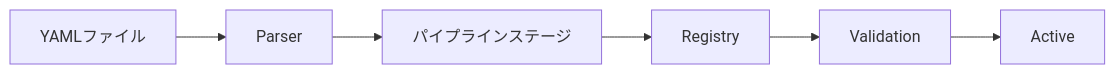
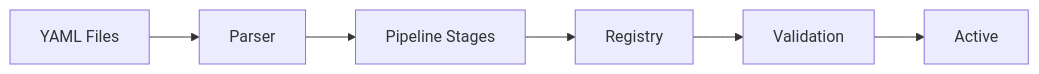
The second of 3 diagrams in ja/internals/architecture.md (wippyai/docs), drawn with Mermaid before and after one commit. The commit also changed other lines of this file and 870 other files, not shown here.

````diff
--- a/ja/internals/architecture.md
+++ b/ja/internals/architecture.md
@@ -144,8 +143,8 @@
 ```mermaid
 flowchart LR
-    YAML[YAMLファイル] --> Parser
-    Parser --> Stages[パイプラインステージ]
+    YAML[YAML Files] --> Parser
+    Parser --> Stages[Pipeline Stages]
     Stages --> Registry
     Registry --> Validation
     Validation --> Active
 ```
````
